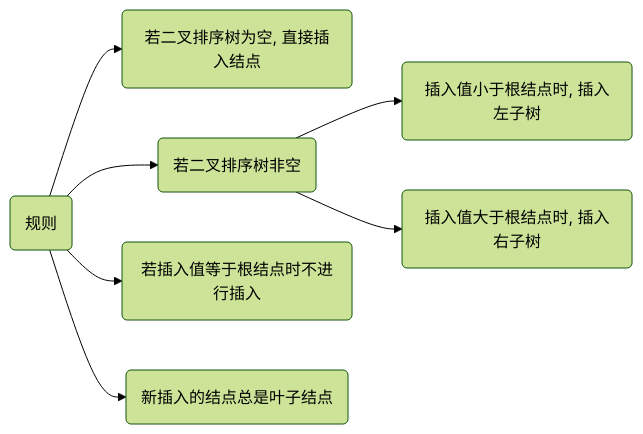
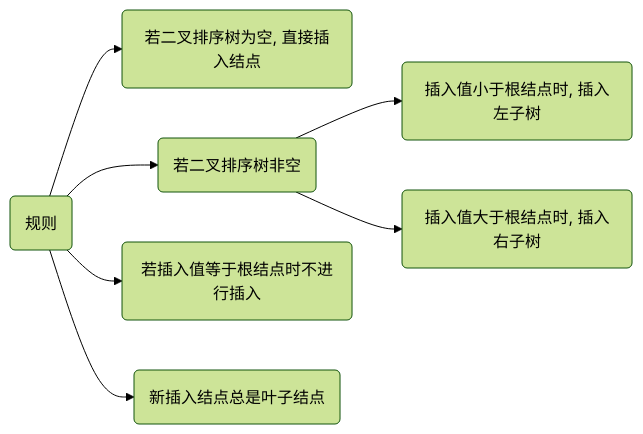
One commit to dmjcb/dmjcb.github.io changed the sixth of 13 diagrams in _posts/DataStructure/Tree/BinaryTree/2019-02-13-二叉排序树.md. Above: the diagram before and after it, drawn with Mermaid (forest theme). The commit also changed other lines of this file and 74 other files, not shown here.

````diff
--- a/_posts/DataStructure/Tree/BinaryTree/2019-02-13-二叉排序树.md
+++ b/_posts/DataStructure/Tree/BinaryTree/2019-02-13-二叉排序树.md
@@ -140,10 +140,10 @@
 ```mermaid
 graph LR
     X(规则)
     X --> A(若二叉排序树为空, 直接插入结点)
     X --> B(若二叉排序树非空)
         B --> B1(插入值小于根结点时, 插入左子树)
         B --> B2(插入值大于根结点时, 插入右子树)
     X --> C(若插入值等于根结点时不进行插入)
-    X --> D(新插入的结点总是叶子结点)
+    X --> D(新插入结点总是叶子结点)
 ```
````
